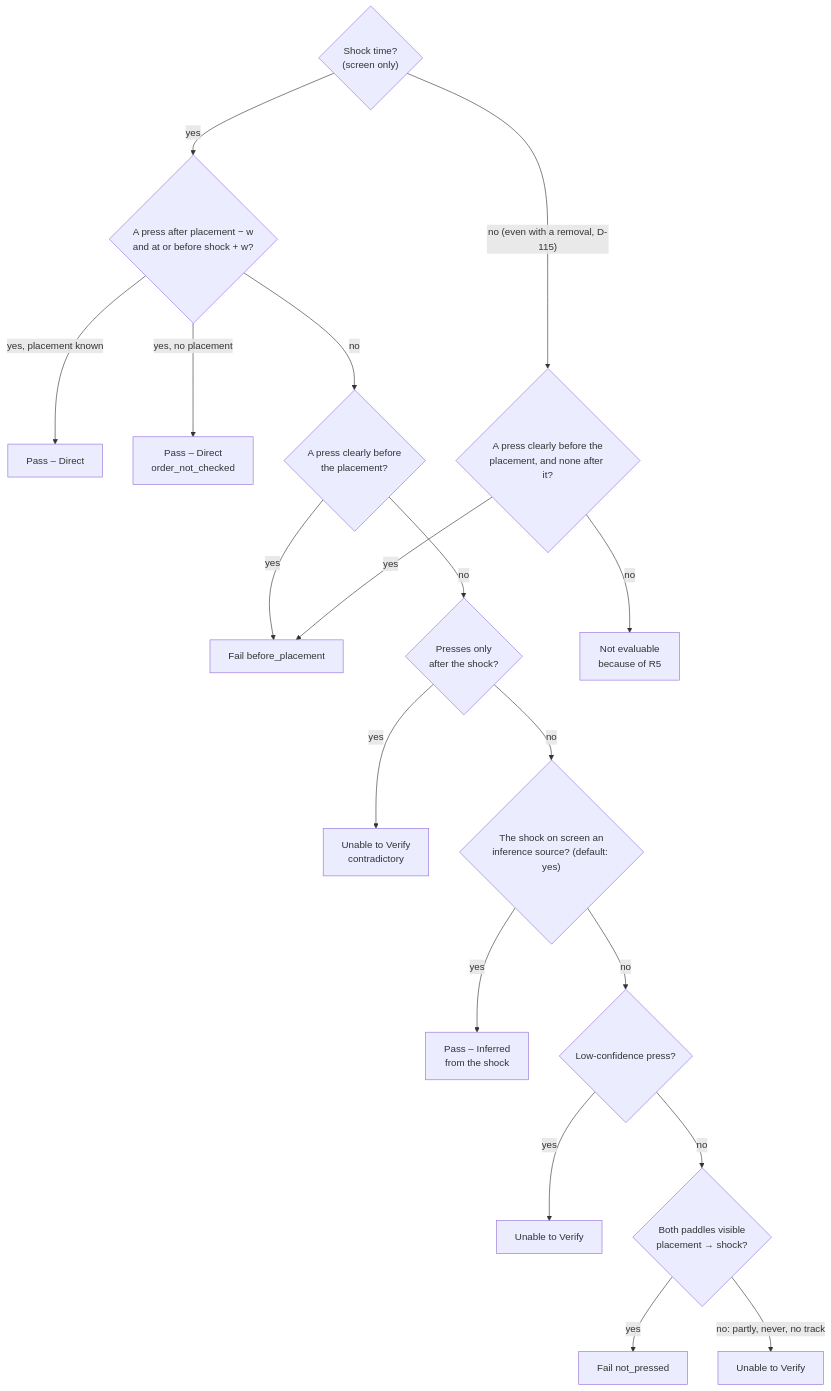
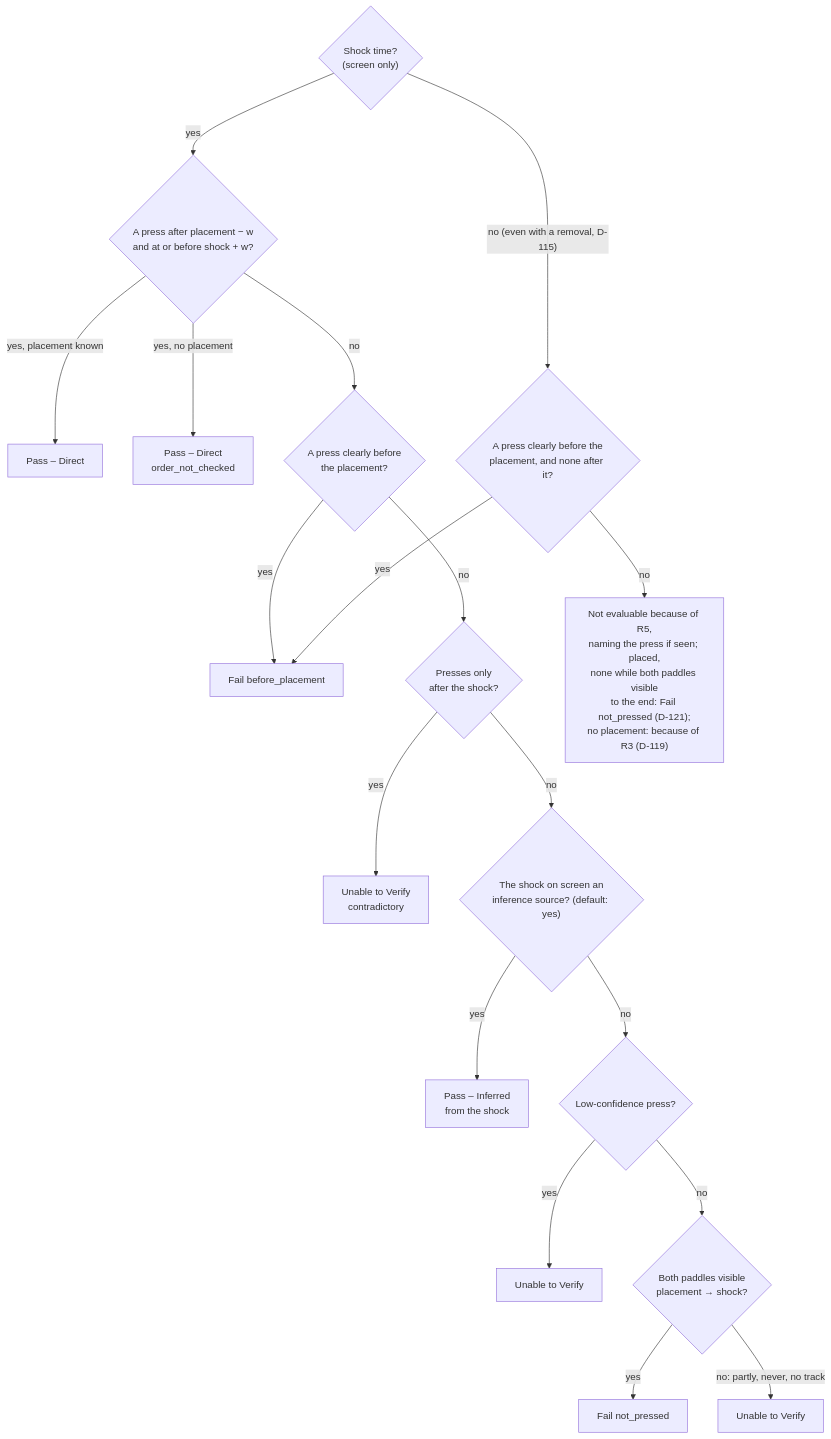
One commit to ananthu65/defibrillator_research changed diagram 14 of 16 in docs/rule_engine/diagrams.md. Above: the diagram before and after it, drawn with Mermaid. The commit also changed other lines of this file and 30 other files, not shown here.

````diff
--- a/docs/rule_engine/diagrams.md
+++ b/docs/rule_engine/diagrams.md
@@ -352,20 +352,20 @@
 ```mermaid
 flowchart TD
     S{"Shock time?<br/>(screen only)"} -->|yes| V{"A press after placement − w<br/>and at or before shock + w?"}
     V -->|"yes, placement known"| P1["Pass – Direct"]
     V -->|"yes, no placement"| P2["Pass – Direct<br/>order_not_checked"]
     V -->|no| E{"A press clearly before<br/>the placement?"}
     E -->|yes| F1["Fail before_placement"]
     E -->|no| L{"Presses only<br/>after the shock?"}
     L -->|yes| U0["Unable to Verify<br/>contradictory"]
     L -->|no| I{"The shock on screen an<br/>inference source? (default: yes)"}
     I -->|yes| P3["Pass – Inferred<br/>from the shock"]
     I -->|no| W{"Low-confidence press?"}
     W -->|yes| U1["Unable to Verify"]
     W -->|no| Z{"Both paddles visible<br/>placement → shock?"}
     Z -->|yes| F2["Fail not_pressed"]
     Z -->|"no: partly, never, no track"| U2["Unable to Verify"]
     S -->|"no (even with a removal, D-115)"| E0{"A press clearly before the<br/>placement, and none after it?"}
     E0 -->|yes| F1
-    E0 -->|no| NE["Not evaluable<br/>because of R5"]
+    E0 -->|no| NE["Not evaluable because of R5,<br/>naming the press if seen; placed,<br/>none while both paddles visible<br/>to the end: Fail not_pressed (D-121);<br/>no placement: because of R3 (D-119)"]
 ```
````
